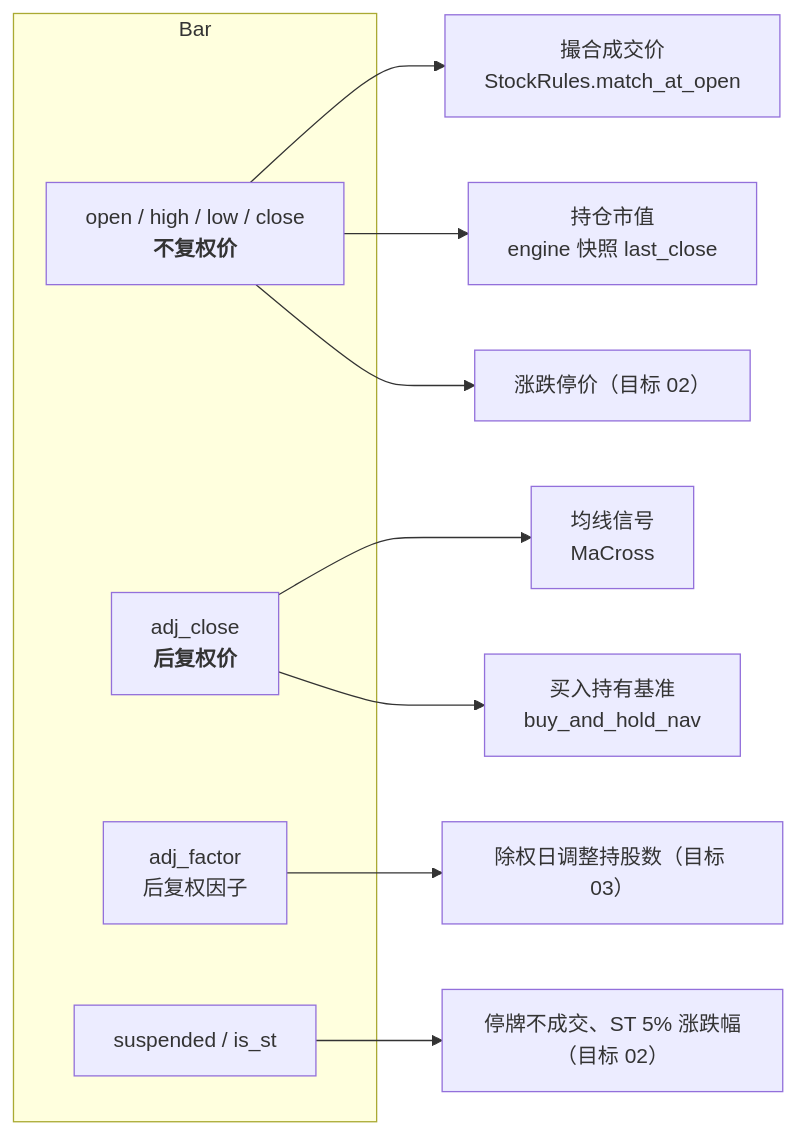
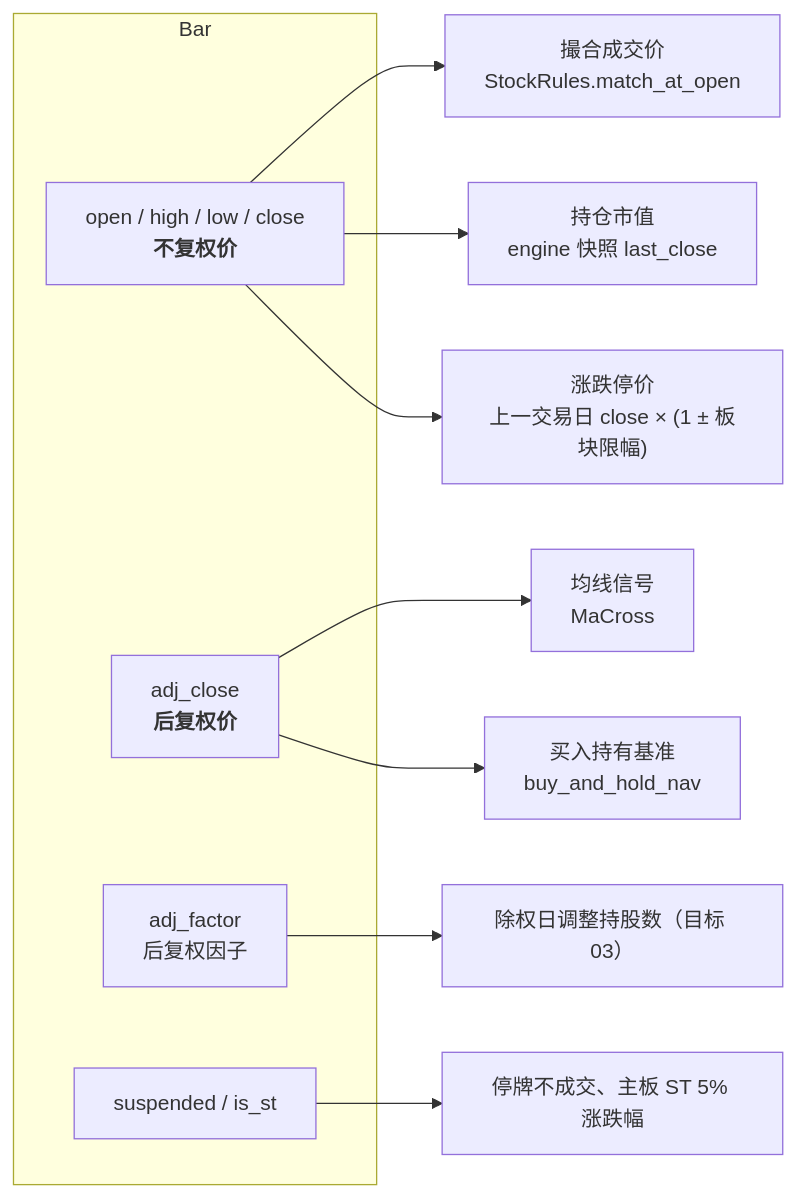
The ninth of 23 diagrams in docs/code-walkthrough.md (guevara12345/quant), drawn with Mermaid before and after one commit. The commit also changed other lines of this file and 16 other files, not shown here.

````diff
--- a/docs/code-walkthrough.md
+++ b/docs/code-walkthrough.md
@@ -398,16 +440,16 @@
 ```mermaid
 flowchart LR
     subgraph Bar
         U["open / high / low / close<br/><b>不复权价</b>"]
         A["adj_close<br/><b>后复权价</b>"]
         F["adj_factor<br/>后复权因子"]
         X["suspended / is_st"]
     end
     U --> M1["撮合成交价<br/>StockRules.match_at_open"]
     U --> M2["持仓市值<br/>engine 快照 last_close"]
-    U --> M3["涨跌停价（目标 02）"]
+    U --> M3["涨跌停价<br/>上一交易日 close × (1 ± 板块限幅)"]
     A --> S1["均线信号<br/>MaCross"]
     A --> S2["买入持有基准<br/>buy_and_hold_nav"]
     F --> T1["除权日调整持股数（目标 03）"]
-    X --> T2["停牌不成交、ST 5% 涨跌幅（目标 02）"]
+    X --> T2["停牌不成交、主板 ST 5% 涨跌幅"]
 ```
````
